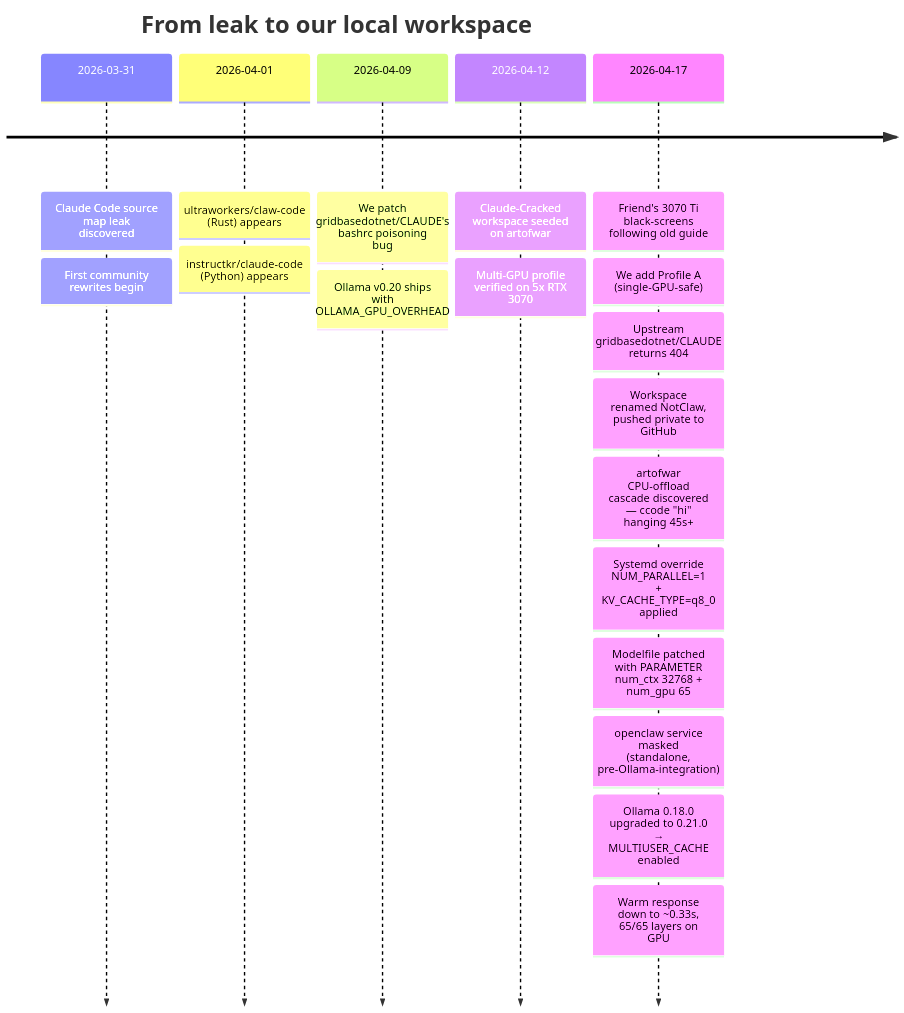
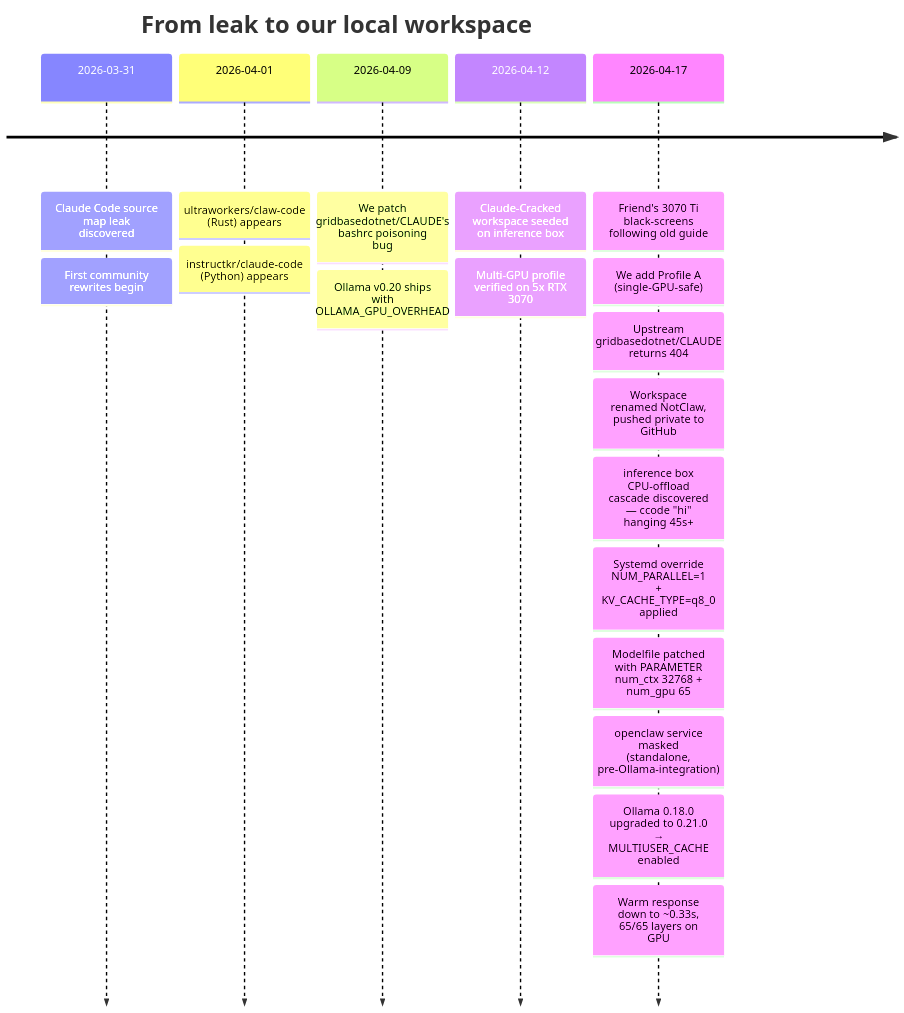
Before and after one commit to Ringmast4r/NotClaw: the first of 18 diagrams in README.md, drawn with Mermaid. The commit also changed other lines of this file and 2 other files, not shown here.

````diff
--- a/README.md
+++ b/README.md
@@ -94,22 +94,22 @@
 ```mermaid
 timeline
     title From leak to our local workspace
     2026-03-31 : Claude Code source map leak discovered
                : First community rewrites begin
     2026-04-01 : ultraworkers/claw-code (Rust) appears
                : instructkr/claude-code (Python) appears
     2026-04-09 : We patch gridbasedotnet/CLAUDE's bashrc poisoning bug
                : Ollama v0.20 ships with OLLAMA_GPU_OVERHEAD
-    2026-04-12 : Claude-Cracked workspace seeded on artofwar
+    2026-04-12 : Claude-Cracked workspace seeded on inference box
                : Multi-GPU profile verified on 5x RTX 3070
     2026-04-17 : Friend's 3070 Ti black-screens following old guide
                : We add Profile A (single-GPU-safe)
                : Upstream gridbasedotnet/CLAUDE returns 404
                : Workspace renamed NotClaw, pushed private to GitHub
-               : artofwar CPU-offload cascade discovered — ccode "hi" hanging 45s+
+               : inference box CPU-offload cascade discovered — ccode "hi" hanging 45s+
                : Systemd override NUM_PARALLEL=1 + KV_CACHE_TYPE=q8_0 applied
                : Modelfile patched with PARAMETER num_ctx 32768 + num_gpu 65
                : openclaw service masked (standalone, pre-Ollama-integration)
                : Ollama 0.18.0 upgraded to 0.21.0 → MULTIUSER_CACHE enabled
                : Warm response down to ~0.33s, 65/65 layers on GPU
 ```
````
